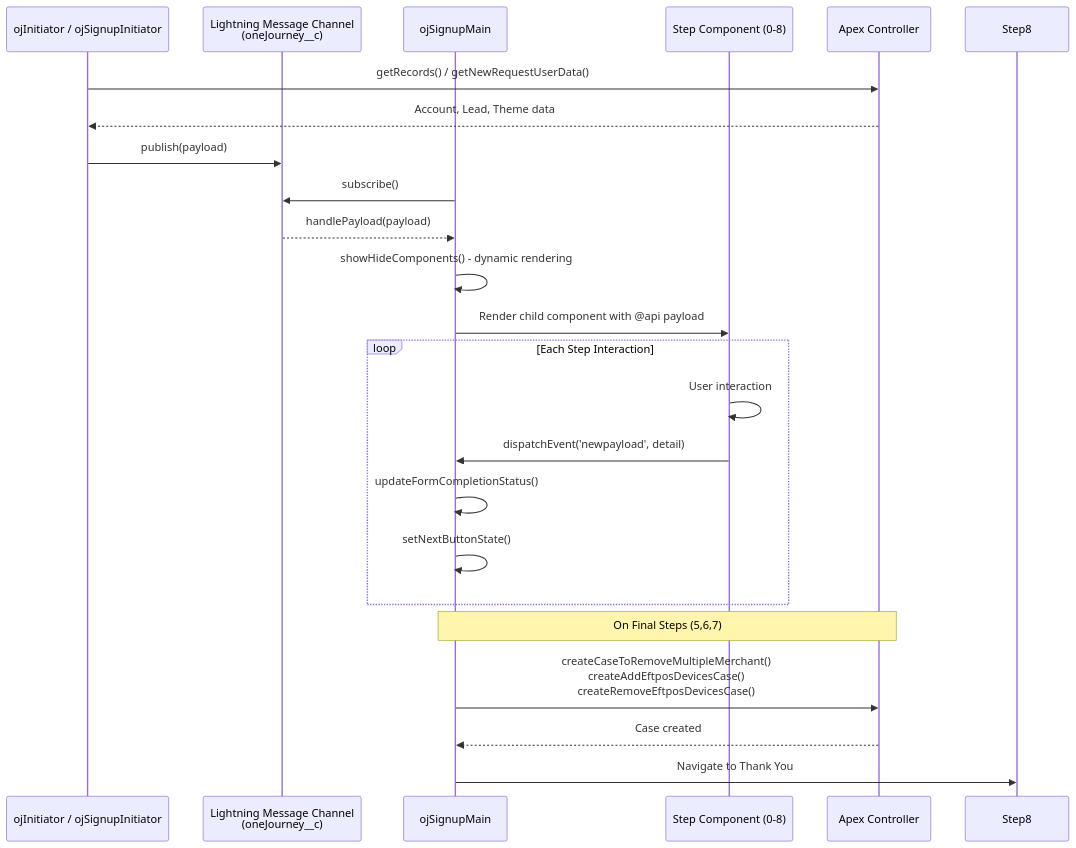
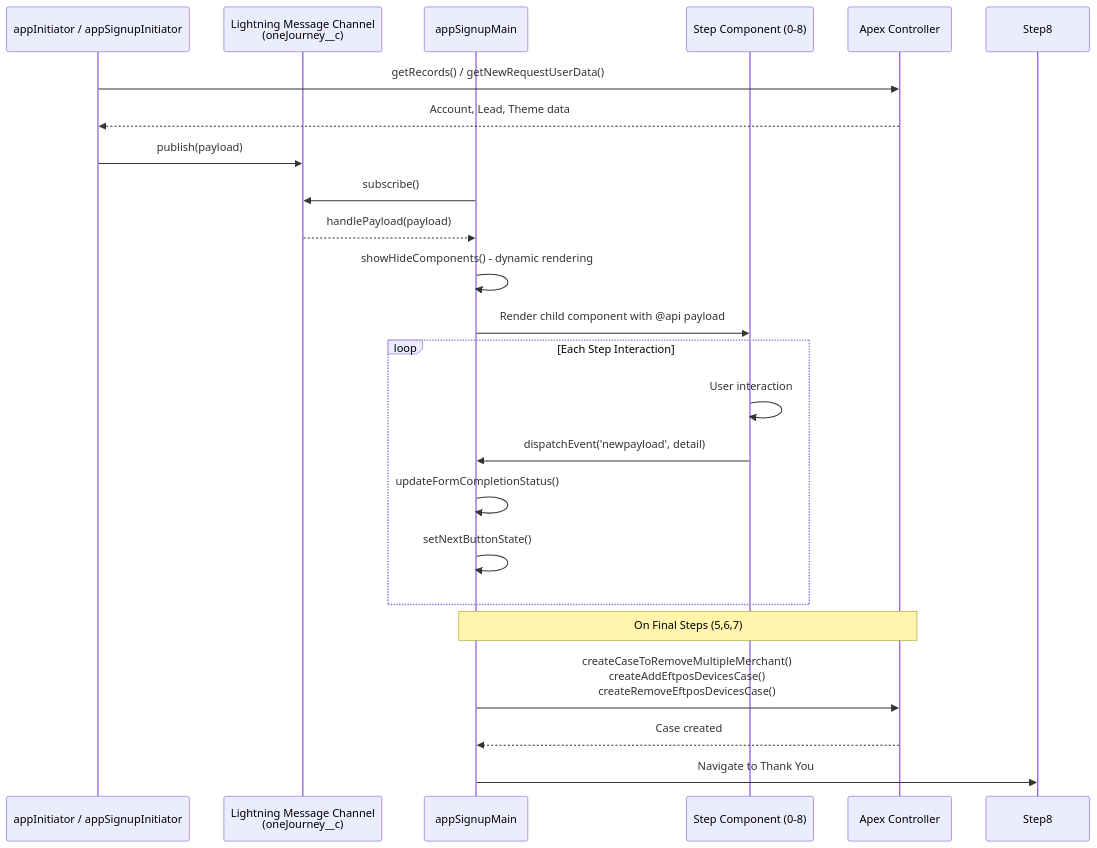
One commit to 2628377966/services-request-lwc changed the third of 3 diagrams in README.md. Above: the diagram before and after it, drawn with Mermaid. The commit also changed other lines of this file, not shown here.

````diff
--- a/README.md
+++ b/README.md
@@ -187,28 +187,28 @@
 ```mermaid
 sequenceDiagram
-    participant Init as ojInitiator / ojSignupInitiator
+    participant Init as appInitiator / appSignupInitiator
     participant LMS as Lightning Message Channel<br/>(oneJourney__c)
-    participant Main as ojSignupMain
+    participant Main as appSignupMain
     participant Step as Step Component (0-8)
     participant Apex as Apex Controller
 
     Init->>Apex: getRecords() / getNewRequestUserData()
     Apex-->>Init: Account, Lead, Theme data
     Init->>LMS: publish(payload)
     Main->>LMS: subscribe()
     LMS-->>Main: handlePayload(payload)
     Main->>Main: showHideComponents() - dynamic rendering
     Main->>Step: Render child component with @api payload
 
     loop Each Step Interaction
         Step->>Step: User interaction
         Step->>Main: dispatchEvent('newpayload', detail)
         Main->>Main: updateFormCompletionStatus()
         Main->>Main: setNextButtonState()
     end
 
     Note over Main,Apex: On Final Steps (5,6,7)
     Main->>Apex: createCaseToRemoveMultipleMerchant()<br/>createAddEftposDevicesCase()<br/>createRemoveEftposDevicesCase()
     Apex-->>Main: Case created
     Main->>Step8: Navigate to Thank You
 ```
````
